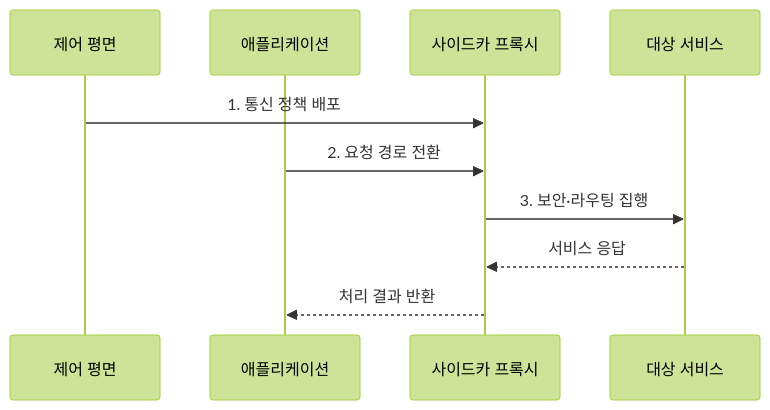
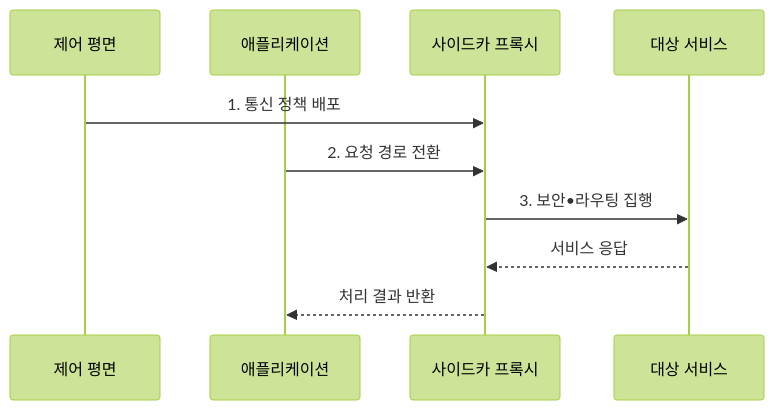
Before and after one commit to agnusdei1207/knowledge-base: the second of 2 diagrams in src/content/docs/notes/08-latest-tech/164_sidecar_proxy.md, drawn with Mermaid (forest theme). The commit also changed other lines of this file and 953 other files, not shown here.

````diff
--- a/src/content/docs/notes/08-latest-tech/164_sidecar_proxy.md
+++ b/src/content/docs/notes/08-latest-tech/164_sidecar_proxy.md
@@ -104,12 +104,12 @@
 ```mermaid
 sequenceDiagram
   participant C as 제어 평면
   participant A as 애플리케이션
   participant P as 사이드카 프록시
   participant D as 대상 서비스
   C->>P: 1. 통신 정책 배포
     A->>P: 2. 요청 경로 전환
-  P->>D: 3. 보안·라우팅 집행
+  P->>D: 3. 보안•라우팅 집행
   D-->>P: 서비스 응답
   P-->>A: 처리 결과 반환
 ```
````
